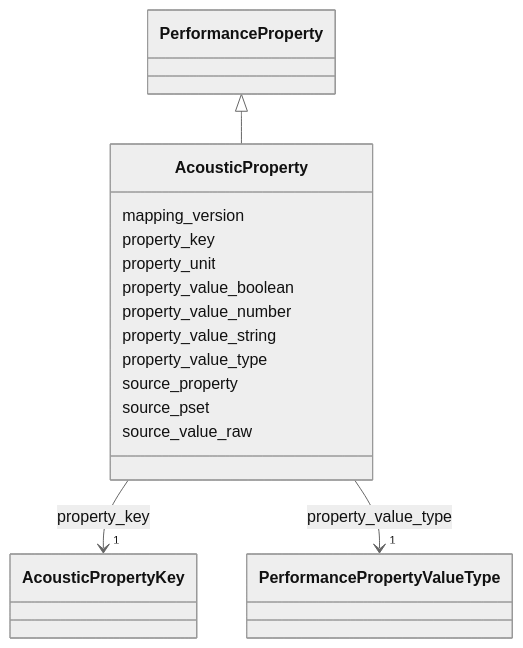
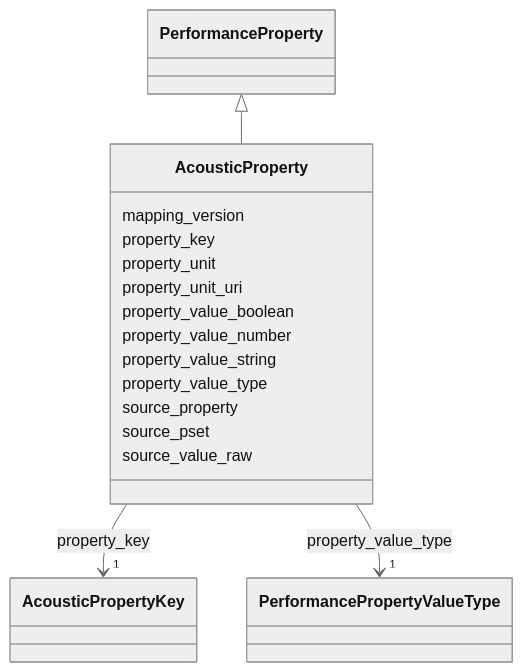
Before and after one commit to simondilhas/pragmatic-bim-data-contract: the diagram in latest/schema/AcousticProperty.md, drawn with Mermaid (neutral theme). The commit also changed other lines of this file and 1314 other files, not shown here.

````diff
--- a/latest/schema/AcousticProperty.md
+++ b/latest/schema/AcousticProperty.md
@@ -18,47 +23,49 @@
 ```mermaid
  classDiagram
     class AcousticProperty
     click AcousticProperty href "../AcousticProperty/"
       PerformanceProperty <|-- AcousticProperty
         click PerformanceProperty href "../PerformanceProperty/"
       
       AcousticProperty : mapping_version
         
       AcousticProperty : property_key
         
           
     
         
         
         AcousticProperty --> "1" AcousticPropertyKey : property_key
         click AcousticPropertyKey href "../AcousticPropertyKey/"
     
 
         
       AcousticProperty : property_unit
+        
+      AcousticProperty : property_unit_uri
         
       AcousticProperty : property_value_boolean
         
       AcousticProperty : property_value_number
         
       AcousticProperty : property_value_string
         
       AcousticProperty : property_value_type
         
           
     
         
         
         AcousticProperty --> "1" PerformancePropertyValueType : property_value_type
         click PerformancePropertyValueType href "../PerformancePropertyValueType/"
     
 
         
       AcousticProperty : source_property
         
       AcousticProperty : source_pset
         
       AcousticProperty : source_value_raw
         
       
 ```
````
